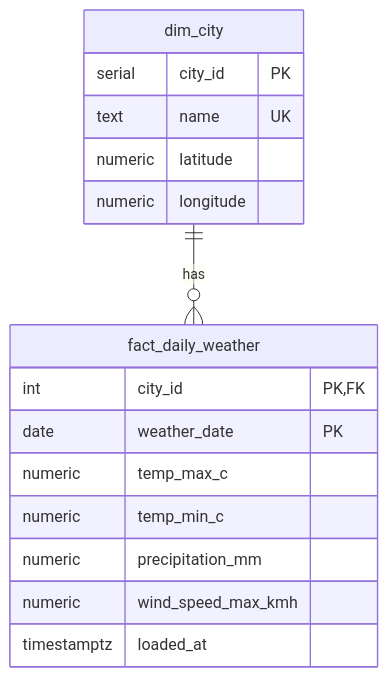
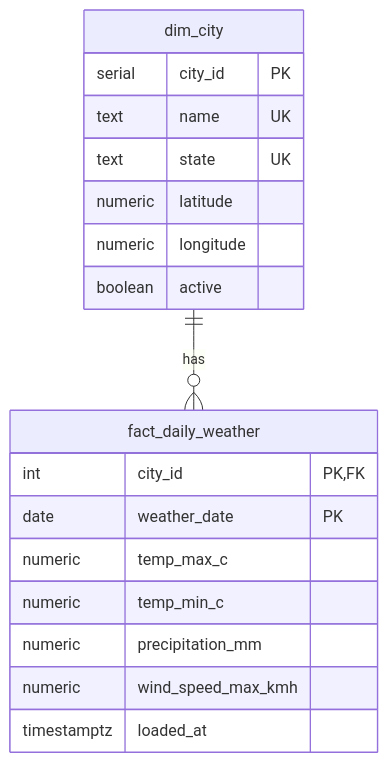
Before and after one commit to initysl/weather-pipeline: the second of 2 diagrams in README.md, drawn with Mermaid. The commit also changed other lines of this file and 20 other files, not shown here.

````diff
--- a/README.md
+++ b/README.md
@@ -36,19 +39,21 @@
 ```mermaid
 erDiagram
     dim_city ||--o{ fact_daily_weather : has
     dim_city {
         serial city_id PK
         text name UK
+        text state UK
         numeric latitude
         numeric longitude
+        boolean active
     }
     fact_daily_weather {
         int city_id PK,FK
         date weather_date PK
         numeric temp_max_c
         numeric temp_min_c
         numeric precipitation_mm
         numeric wind_speed_max_kmh
         timestamptz loaded_at
     }
 ```
````
